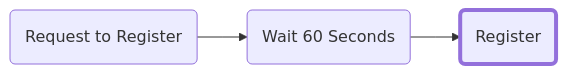
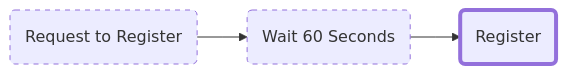
One commit to ensdomains/ens-support-docs changed the fourth of 4 diagrams in docs/tutorials/registration.mdx. Above: the diagram before and after it, drawn with Mermaid. The commit also changed other lines of this file and 19 other files, not shown here.

````diff
--- a/docs/tutorials/registration.mdx
+++ b/docs/tutorials/registration.mdx
@@ -121,19 +122,20 @@
 ```mermaid
 %%{
   init: {
     'flowchart': {
       'curve': 'linear'
       } } }%%
       
 graph LR;
 A(Request to Register);
 B(Wait 60 Seconds);
 C(Register);
 
 classDef active stroke-width:4px;
 classDef inactive stroke-dasharray: 5 5;
 
+class A,B inactive;
 class C active;
 
 A-->B-->C;
 ```
````
